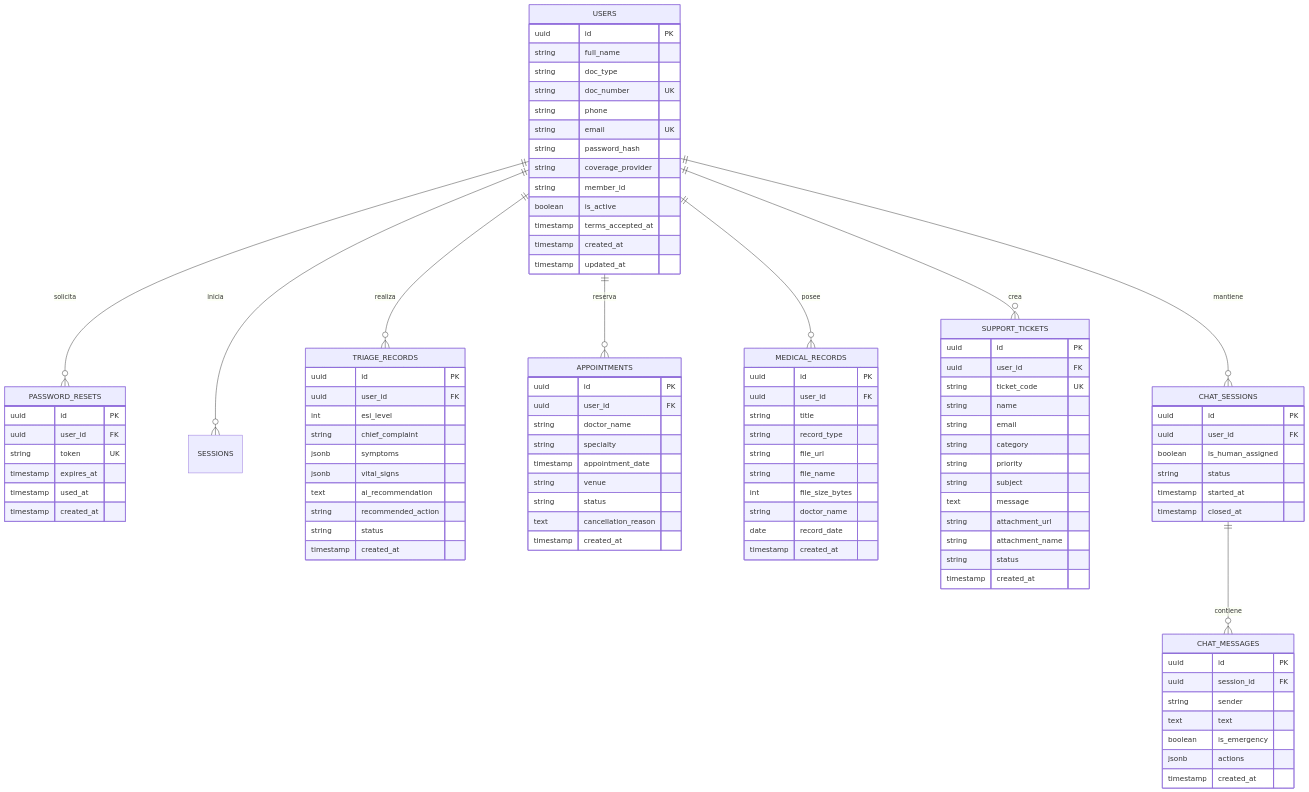
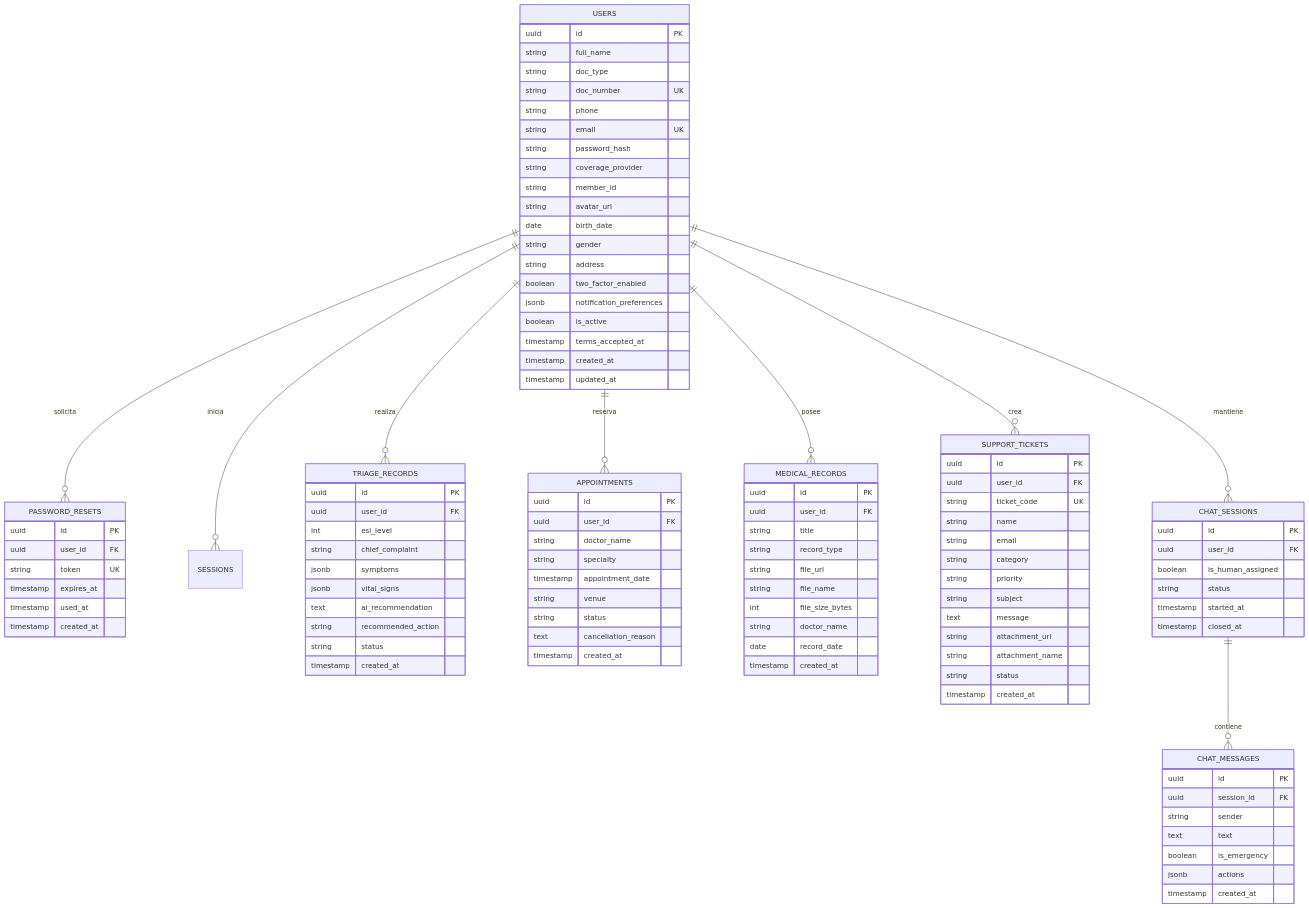
Before and after one commit to joacoContreras/sentria_ia-frontend: the diagram in DATABASE_SCHEMA.md, drawn with Mermaid. The commit also changed other lines of this file and 23 other files, not shown here.

```diff
--- a/DATABASE_SCHEMA.md
+++ b/DATABASE_SCHEMA.md
@@ -27,6 +27,12 @@
         string password_hash
         string coverage_provider
         string member_id
+        string avatar_url
+        date birth_date
+        string gender
+        string address
+        boolean two_factor_enabled
+        jsonb notification_preferences
         boolean is_active
         timestamp terms_accepted_at
         timestamp created_at
```
